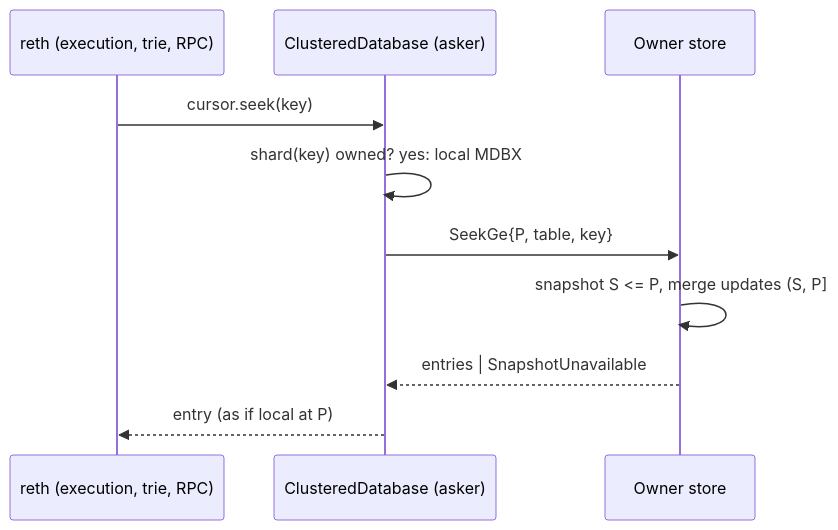
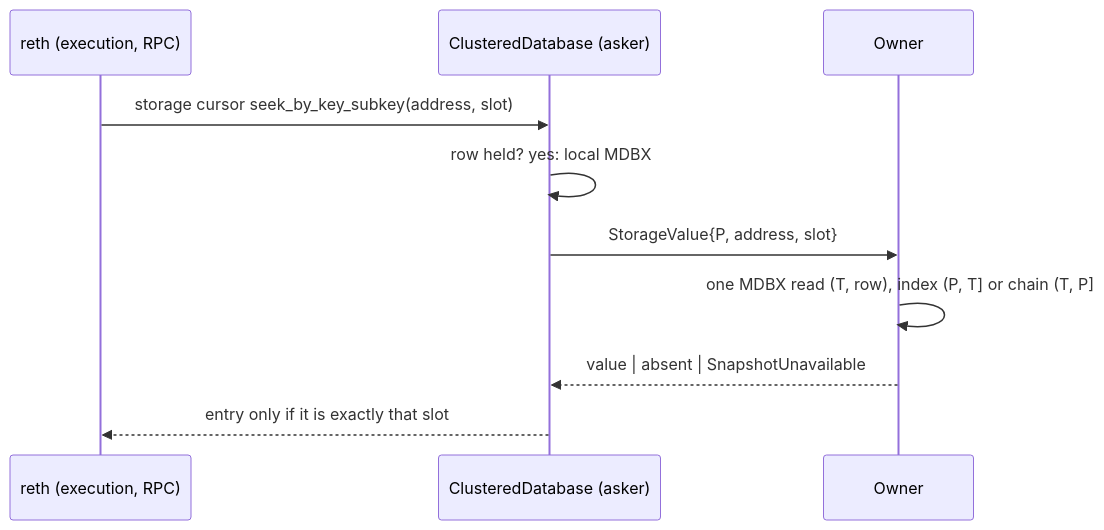
One commit to BrianBland/base changed the diagram in crates/execution/cluster/README.md. Above: the diagram before and after it, drawn with Mermaid. The commit also changed other lines of this file and 25 other files, not shown here.

First line of the commit message:
feat(cluster): values-only remote reads and a restart-safe owner history

````diff
--- a/crates/execution/cluster/README.md
+++ b/crates/execution/cluster/README.md
@@ -297,12 +340,12 @@
 ```mermaid
 sequenceDiagram
-    participant E as reth (execution, trie, RPC)
+    participant E as reth (execution, RPC)
     participant A as ClusteredDatabase (asker)
-    participant O as Owner store
-    E->>A: cursor.seek(key)
-    A->>A: shard(key) owned? yes: local MDBX
-    A->>O: SeekGe{P, table, key}
-    O->>O: snapshot S <= P, merge updates (S, P]
-    O-->>A: entries | SnapshotUnavailable
-    A-->>E: entry (as if local at P)
+    participant O as Owner
+    E->>A: storage cursor seek_by_key_subkey(address, slot)
+    A->>A: row held? yes: local MDBX
+    A->>O: StorageValue{P, address, slot}
+    O->>O: one MDBX read (T, row), index (P, T] or chain (T, P]
+    O-->>A: value | absent | SnapshotUnavailable
+    A-->>E: entry only if it is exactly that slot
 ```
````
